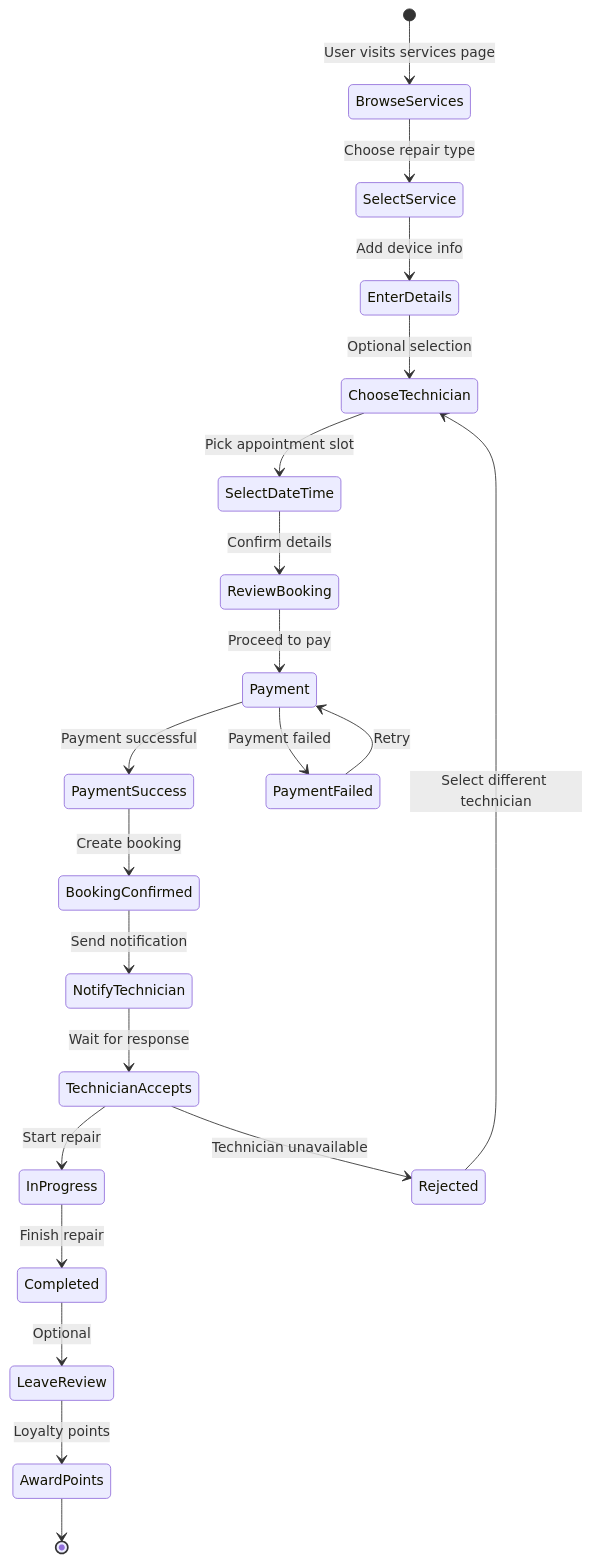
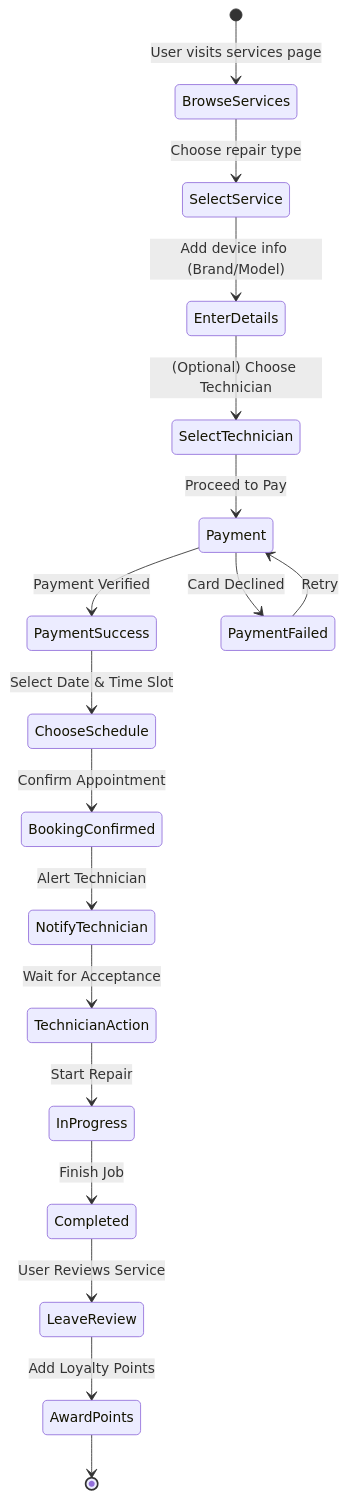
Before and after one commit to Irchika774/Tech-Care_official: the sixth of 13 diagrams in README.md, drawn with Mermaid. The commit also changed other lines of this file, not shown here.

Commit message:
docs(readme): update comprehensive documentation, flow diagrams, and version history for v2.8

````diff
--- a/README.md
+++ b/README.md
@@ -381,28 +391,26 @@
 ```mermaid
 stateDiagram-v2
     [*] --> BrowseServices: User visits services page
     
     BrowseServices --> SelectService: Choose repair type
-    SelectService --> EnterDetails: Add device info
-    EnterDetails --> ChooseTechnician: Optional selection
-    ChooseTechnician --> SelectDateTime: Pick appointment slot
-    SelectDateTime --> ReviewBooking: Confirm details
+    SelectService --> EnterDetails: Add device info (Brand/Model)
+    EnterDetails --> SelectTechnician: (Optional) Choose Technician
     
-    ReviewBooking --> Payment: Proceed to pay
-    Payment --> PaymentSuccess: Payment successful
-    Payment --> PaymentFailed: Payment failed
+    SelectTechnician --> Payment: Proceed to Pay
+    
+    Payment --> PaymentSuccess: Payment Verified
+    Payment --> PaymentFailed: Card Declined
     PaymentFailed --> Payment: Retry
     
-    PaymentSuccess --> BookingConfirmed: Create booking
-    BookingConfirmed --> NotifyTechnician: Send notification
-    NotifyTechnician --> TechnicianAccepts: Wait for response
+    PaymentSuccess --> ChooseSchedule: Select Date & Time Slot
+    ChooseSchedule --> BookingConfirmed: Confirm Appointment
     
-    TechnicianAccepts --> InProgress: Start repair
-    InProgress --> Completed: Finish repair
-    Completed --> LeaveReview: Optional
-    LeaveReview --> AwardPoints: Loyalty points
+    BookingConfirmed --> NotifyTechnician: Alert Technician
+    NotifyTechnician --> TechnicianAction: Wait for Acceptance
+    
+    TechnicianAction --> InProgress: Start Repair
+    InProgress --> Completed: Finish Job
+    Completed --> LeaveReview: User Reviews Service
+    LeaveReview --> AwardPoints: Add Loyalty Points
     AwardPoints --> [*]
-    
-    TechnicianAccepts --> Rejected: Technician unavailable
-    Rejected --> ChooseTechnician: Select different technician
 ```
````
